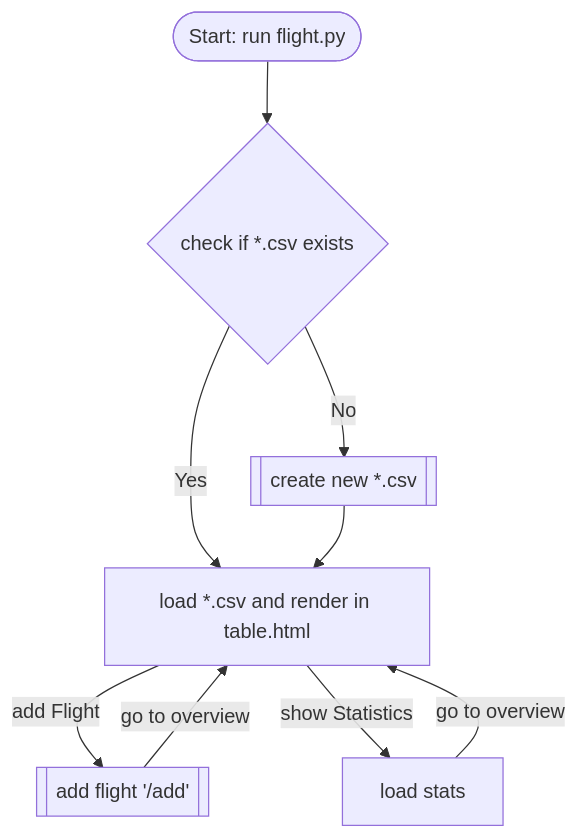
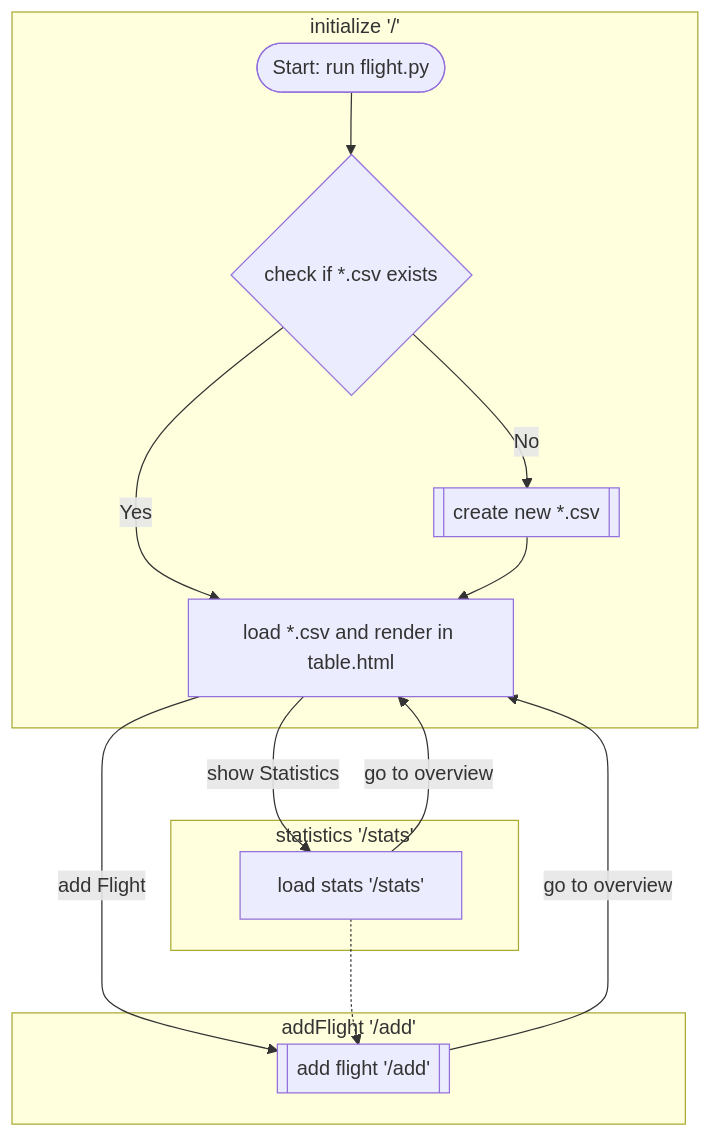
One commit to schlaepfAIR/PROG2 changed the diagram in README.md. Above: the diagram before and after it, drawn with Mermaid. The commit also changed other lines of this file, not shown here.

Commit message:
readme update

````diff
--- a/README.md
+++ b/README.md
@@ -38,14 +31,22 @@
 ```mermaid
-graph TD
-        A([Start: run flight.py])--> B{check if *.csv exists}
+flowchart TB
+    subgraph initialize '/'
+    A([Start: run flight.py])--> B{check if *.csv exists}
     B -- Yes --> G
     B -- No --> F
+    end
     F[[create new *.csv]] --> G
-    G[load *.csv and render in table.html] 
+    G[load *.csv and render in table.html]
+
     G --  add Flight --> H
     G --  show Statistics --> I
     I -- go to overview --> G
     H -- go to overview --> G
+    subgraph addFlight '/add' 
     H[[add flight '/add']]
-    I[load stats]
+    end
+    I .-> H
+    subgraph statistics '/stats'
+    I[load stats '/stats']
+    end
 ```
````
